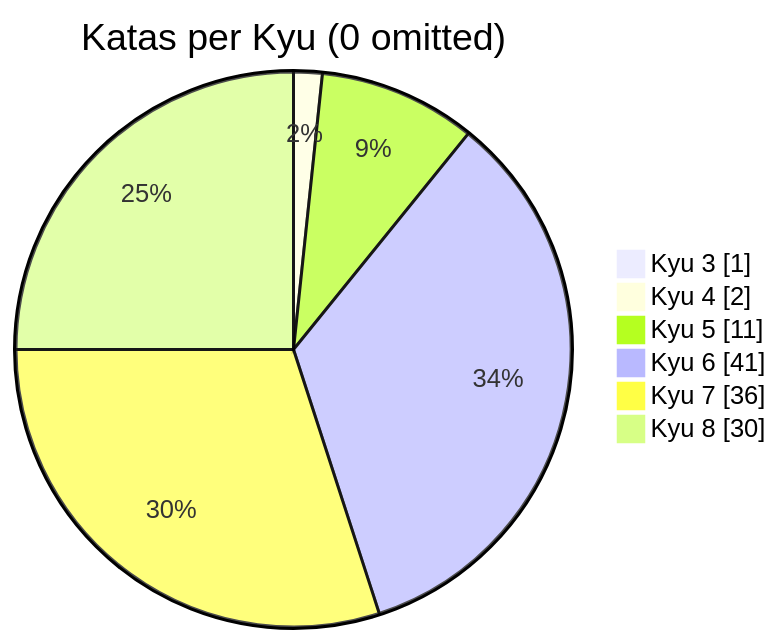
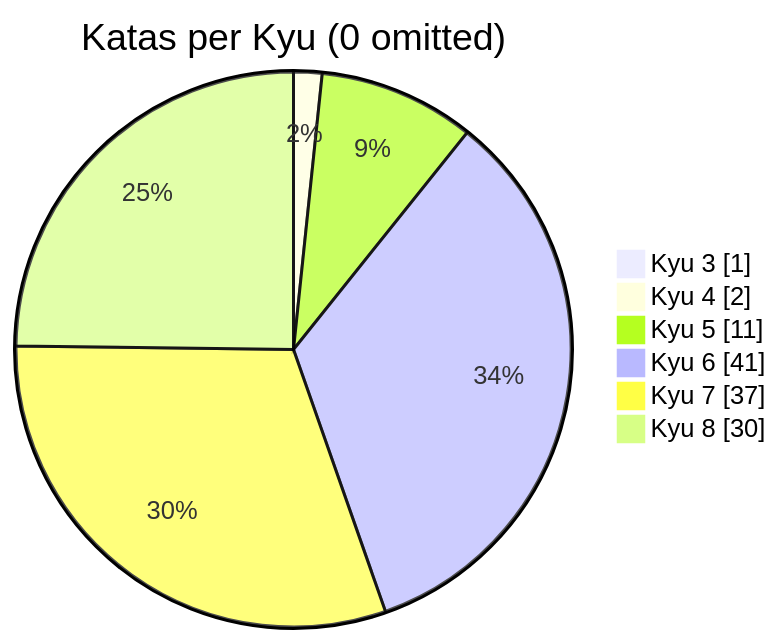
Before and after one commit to MauricioLudwig/codewars-typescript: the diagram in README.md, drawn with Mermaid. The commit also changed other lines of this file, not shown here.

````diff
--- a/README.md
+++ b/README.md
@@ -21,10 +21,10 @@
 ```mermaid
 pie showData
     title Katas per Kyu (0 omitted)
 	"Kyu 3": 1
 	"Kyu 4": 2
 	"Kyu 5": 11
 	"Kyu 6": 41
-	"Kyu 7": 36
+	"Kyu 7": 37
 	"Kyu 8": 30
 ```
````
